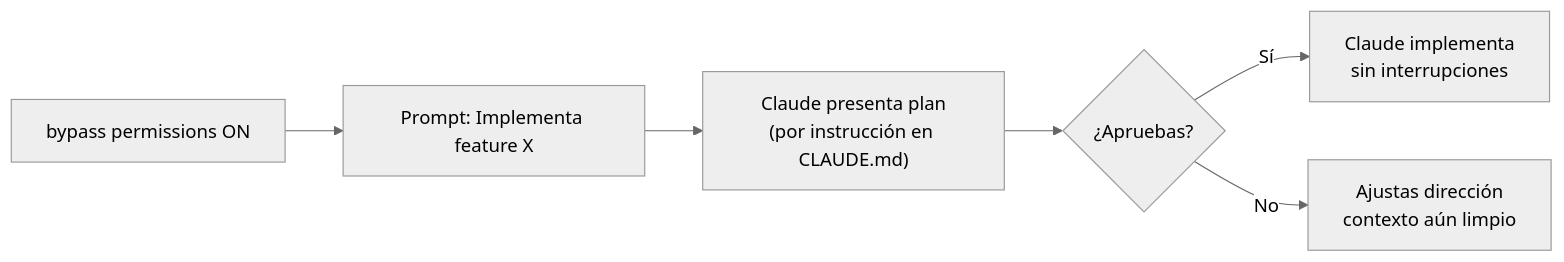
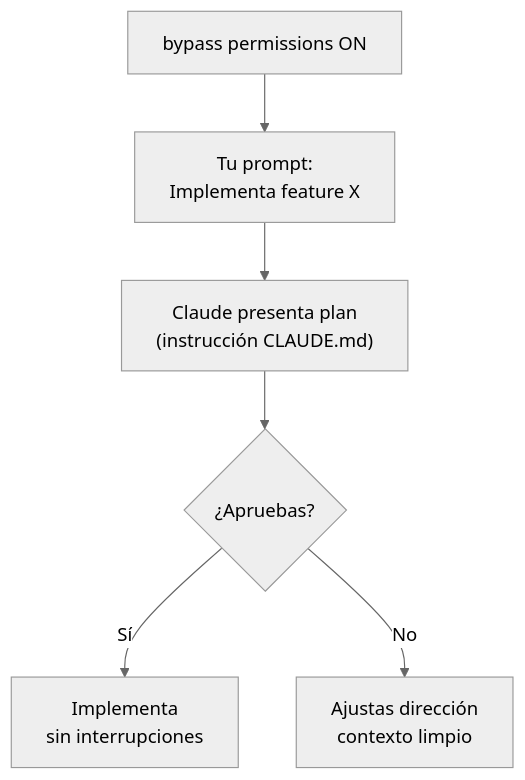
Before and after one commit to Dario-Arcos/ai-framework: the diagram in human-handbook/docs/claude-code-pro-tips.md, drawn with Mermaid (neutral theme). The commit also changed other lines of this file and 6 other files, not shown here.

Commit message:
fix(handbook): improve sidebar outline hierarchy and fix mermaid diagram rendering

````diff
--- a/human-handbook/docs/claude-code-pro-tips.md
+++ b/human-handbook/docs/claude-code-pro-tips.md
@@ -36,8 +32,8 @@
 ```mermaid
-flowchart LR
-    A["bypass permissions ON"] --> B["Prompt: Implementa feature X"]
-    B --> C["Claude presenta plan\n(por instrucción en CLAUDE.md)"]
+flowchart TD
+    A["bypass permissions ON"] --> B["Tu prompt:<br>Implementa feature X"]
+    B --> C["Claude presenta plan<br>(instrucción CLAUDE.md)"]
     C --> D{"¿Apruebas?"}
-    D -- Sí --> E["Claude implementa\nsin interrupciones"]
-    D -- No --> F["Ajustas dirección\ncontexto aún limpio"]
+    D -- Sí --> E["Implementa<br>sin interrupciones"]
+    D -- No --> F["Ajustas dirección<br>contexto limpio"]
 ```
````
